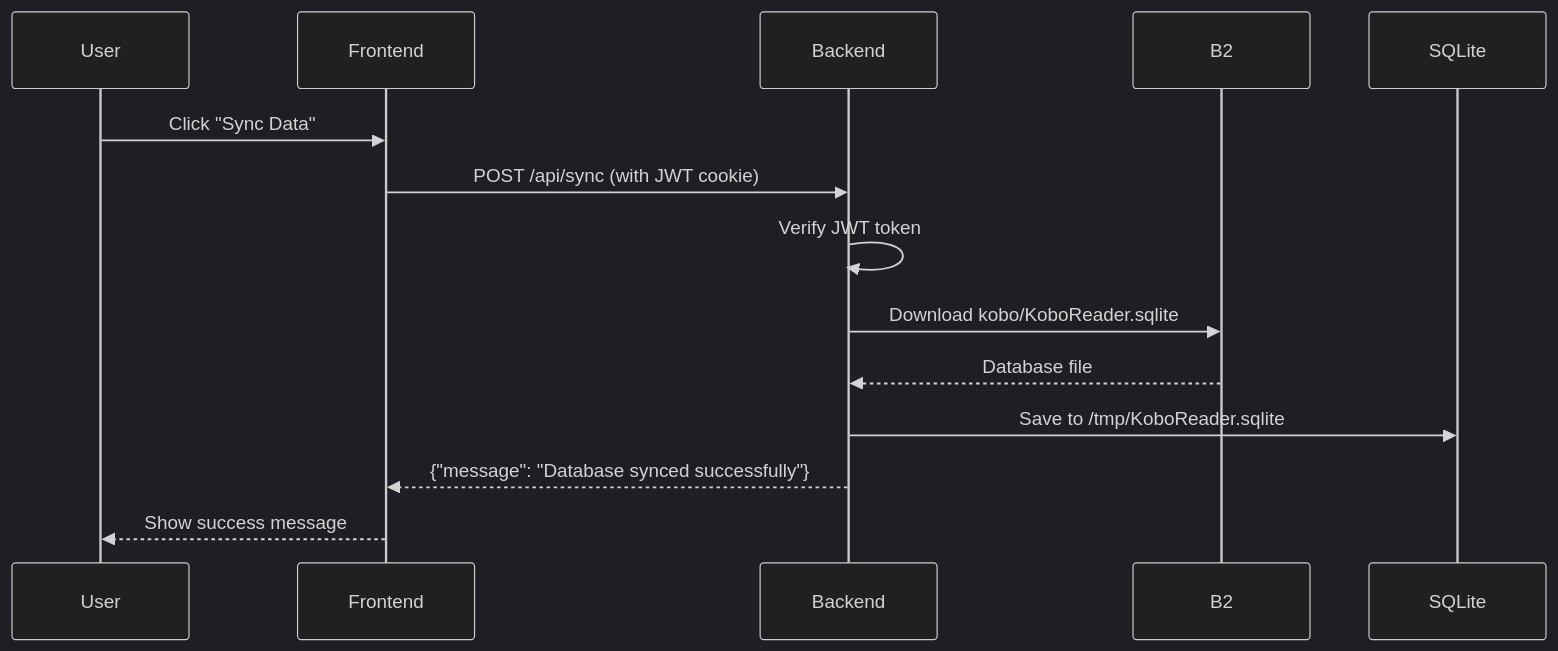
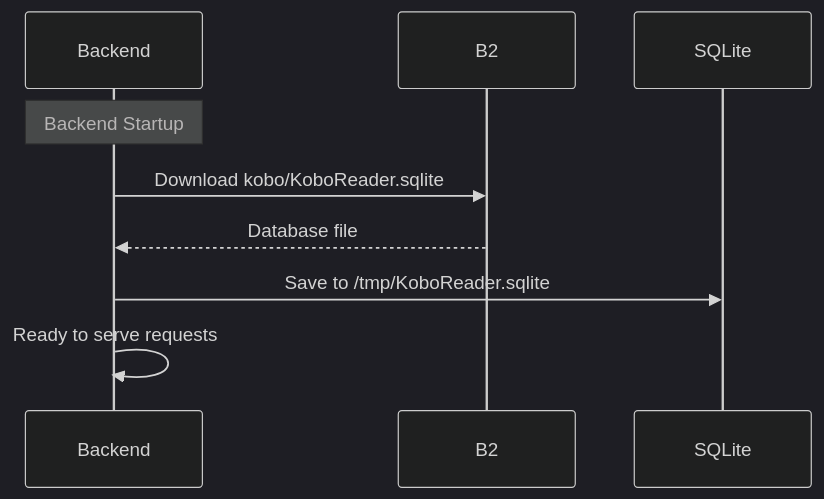
Before and after one commit to sugata98/kobo-library: the second of 6 diagrams in docs/architecture.md, drawn with Mermaid (dark theme). The commit also changed other lines of this file and 12 other files, not shown here.

````diff
--- a/docs/architecture.md
+++ b/docs/architecture.md
@@ -326,17 +336,12 @@
 ```mermaid
 sequenceDiagram
-    participant User
-    participant Frontend
     participant Backend
     participant B2
     participant SQLite
 
-    User->>Frontend: Click "Sync Data"
-    Frontend->>Backend: POST /api/sync (with JWT cookie)
-    Backend->>Backend: Verify JWT token
+    Note over Backend: Backend Startup
     Backend->>B2: Download kobo/KoboReader.sqlite
     B2-->>Backend: Database file
     Backend->>SQLite: Save to /tmp/KoboReader.sqlite
-    Backend-->>Frontend: {"message": "Database synced successfully"}
-    Frontend-->>User: Show success message
+    Backend->>Backend: Ready to serve requests
 ```
````
